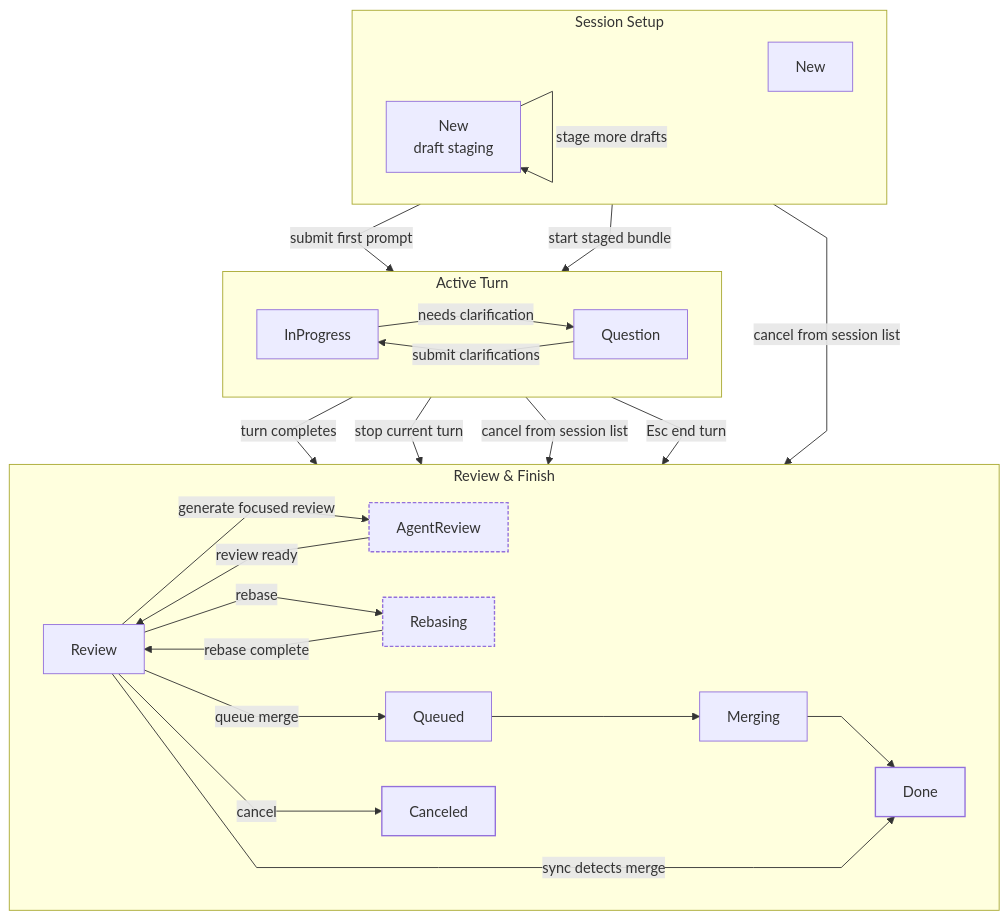
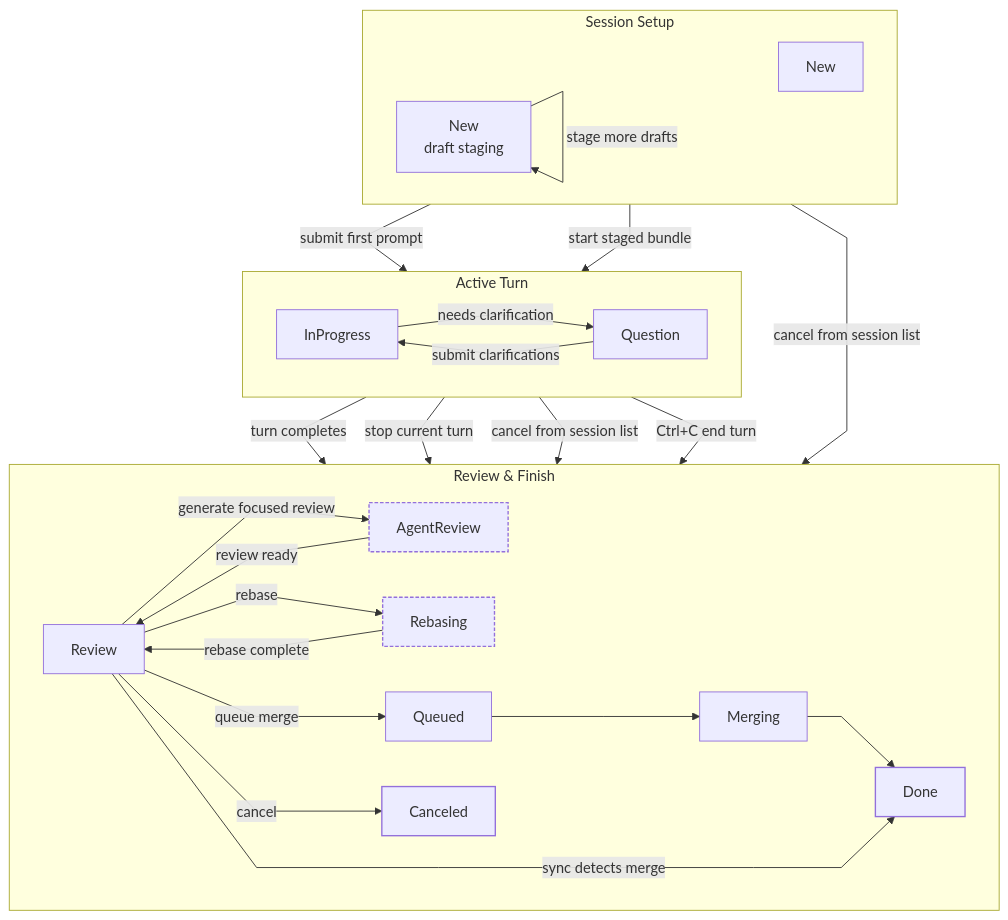
One commit to agentty-xyz/agentty changed the diagram in docs/site/content/docs/usage/workflow.md. Above: the diagram before and after it, drawn with Mermaid. The commit also changed other lines of this file and 4 other files, not shown here.

First line of the commit message:
Replace Esc with Ctrl+C for ending question turns and add q to return to sessions list

````diff
--- a/docs/site/content/docs/usage/workflow.md
+++ b/docs/site/content/docs/usage/workflow.md
@@ -260,54 +260,54 @@
 ```mermaid
 %%{init: { "flowchart": { "curve": "linear" } } }%%
 flowchart TB
   classDef auxiliary stroke-dasharray: 4 2,stroke-width: 1.5px;
   classDef terminal stroke-width: 1.5px;
 
   subgraph start["Session Setup"]
     direction LR
     new_regular["New"]
     new_draft["New<br/>draft staging"]
   end
 
   subgraph active["Active Turn"]
     direction LR
     in_progress["InProgress"]
     question["Question"]
   end
 
   subgraph finish["Review & Finish"]
     direction LR
     review["Review"]
     agent_review["AgentReview"]
     rebasing["Rebasing"]
     queued["Queued"]
     merging["Merging"]
     done["Done"]
     canceled["Canceled"]
   end
 
   new_regular -->|submit first prompt| in_progress
   new_draft -->|stage more drafts| new_draft
   new_draft -->|start staged bundle| in_progress
   new_draft -->|cancel from session list| canceled
 
   in_progress -->|turn completes| review
   in_progress -->|needs clarification| question
   in_progress -->|stop current turn| review
   in_progress -->|cancel from session list| canceled
   question -->|submit clarifications| in_progress
-  question -->|Esc end turn| review
+  question -->|Ctrl+C end turn| review
 
   review -->|generate focused review| agent_review
   agent_review -->|review ready| review
   review -->|rebase| rebasing
   rebasing -->|rebase complete| review
   review -->|queue merge| queued
   queued --> merging
   merging --> done
   review -->|cancel| canceled
   review -->|sync detects merge| done
 
   class agent_review,rebasing auxiliary
   class done,canceled terminal
 ```
````
